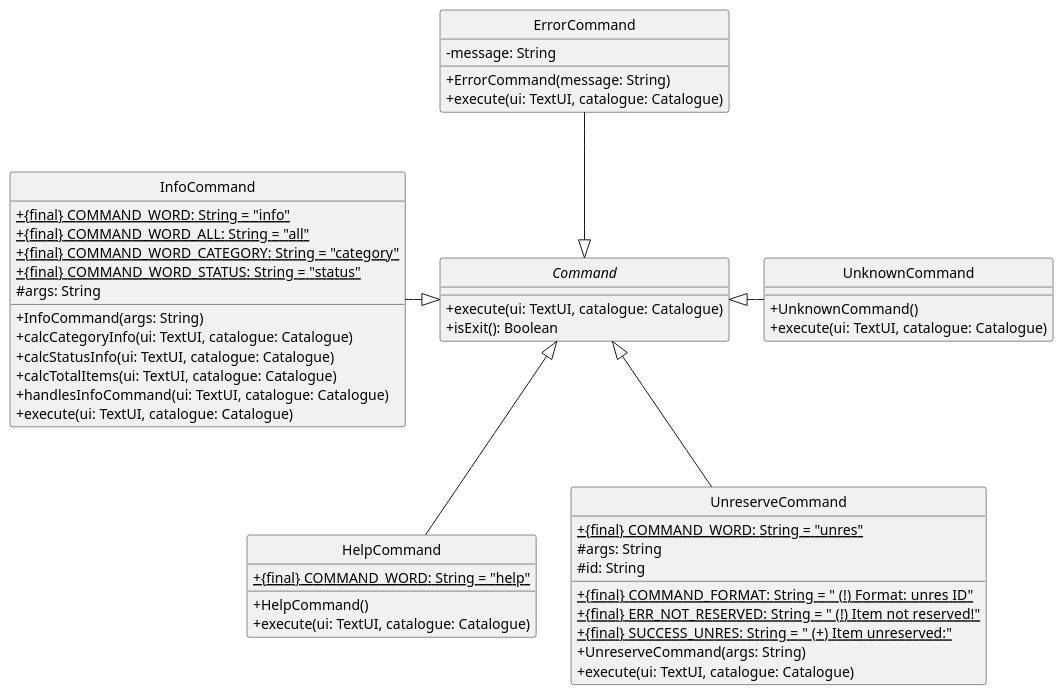
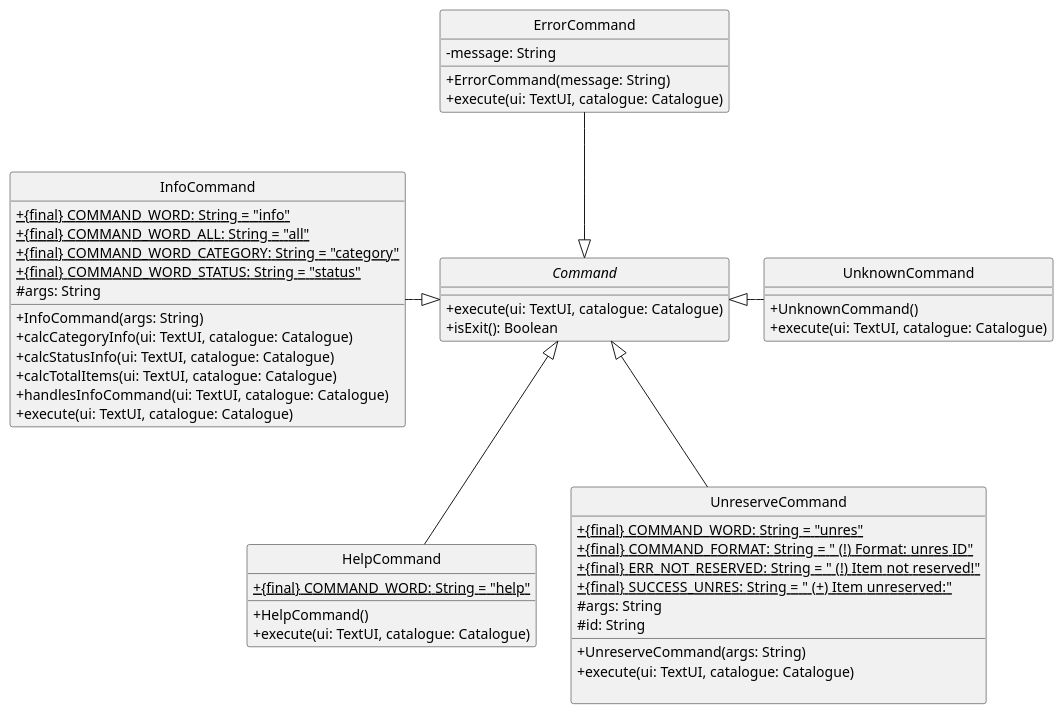
The diagram in docs/diagrams/ParserAndCommandClassDiagram3.puml (nus-cs2113-AY2122S1/tp), drawn with PlantUML before and after one commit. The commit also changed 7 other files, not shown here.

Commit message:
Update class diagrams and include more details in DG

```diff
--- a/docs/diagrams/ParserAndCommandClassDiagram3.puml
+++ b/docs/diagrams/ParserAndCommandClassDiagram3.puml
@@ -1,62 +1,63 @@
 @startuml
 'https://plantuml.com/class-diagram
 
 hide circle
 skinparam classAttributeIconSize 0
 
 Command <|-up- ErrorCommand
 Command <|-- HelpCommand
 Command <|-left- InfoCommand
 Command <|-- UnreserveCommand
 Command <|-right- UnknownCommand
 
 abstract class Command {
 + execute(ui: TextUI, catalogue: Catalogue)
 + isExit(): Boolean
 }
 
 class ErrorCommand {
 - message: String
 + ErrorCommand(message: String)
 + execute(ui: TextUI, catalogue: Catalogue)
 }
 
 class HelpCommand {
 + {static} {final} COMMAND_WORD: String = "help"
 + HelpCommand()
 + execute(ui: TextUI, catalogue: Catalogue)
 }
 
 class InfoCommand {
 + {static} {final} COMMAND_WORD: String = "info"
 + {static} {final} COMMAND_WORD_ALL: String = "all"
 + {static} {final} COMMAND_WORD_CATEGORY: String = "category"
 + {static} {final} COMMAND_WORD_STATUS: String = "status"
 # args: String
 + InfoCommand(args: String)
 + calcCategoryInfo(ui: TextUI, catalogue: Catalogue)
 + calcStatusInfo(ui: TextUI, catalogue: Catalogue)
 + calcTotalItems(ui: TextUI, catalogue: Catalogue)
 + handlesInfoCommand(ui: TextUI, catalogue: Catalogue)
 + execute(ui: TextUI, catalogue: Catalogue)
 }
 
 class UnreserveCommand {
 + {static} {final} COMMAND_WORD: String = "unres"
 + {static} {final} COMMAND_FORMAT: String = "  (!) Format: unres ID"
 + {static} {final} ERR_NOT_RESERVED: String = "  (!) Item not reserved!"
 + {static} {final} SUCCESS_UNRES: String = "  (+) Item unreserved:"
 # args: String
 # id: String
+__
 + UnreserveCommand(args: String)
 + execute(ui: TextUI, catalogue: Catalogue)
 
 }
 
 class UnknownCommand {
 + UnknownCommand()
 + execute(ui: TextUI, catalogue: Catalogue)
 }
 
 
 @enduml
```
